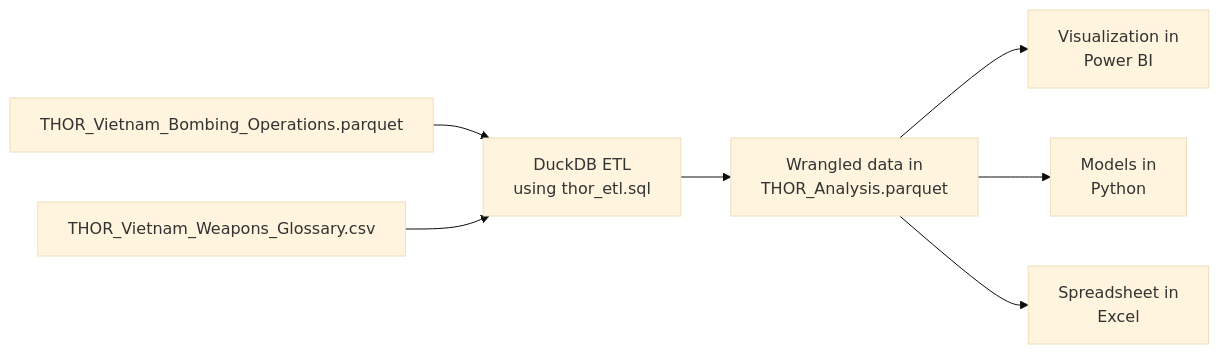
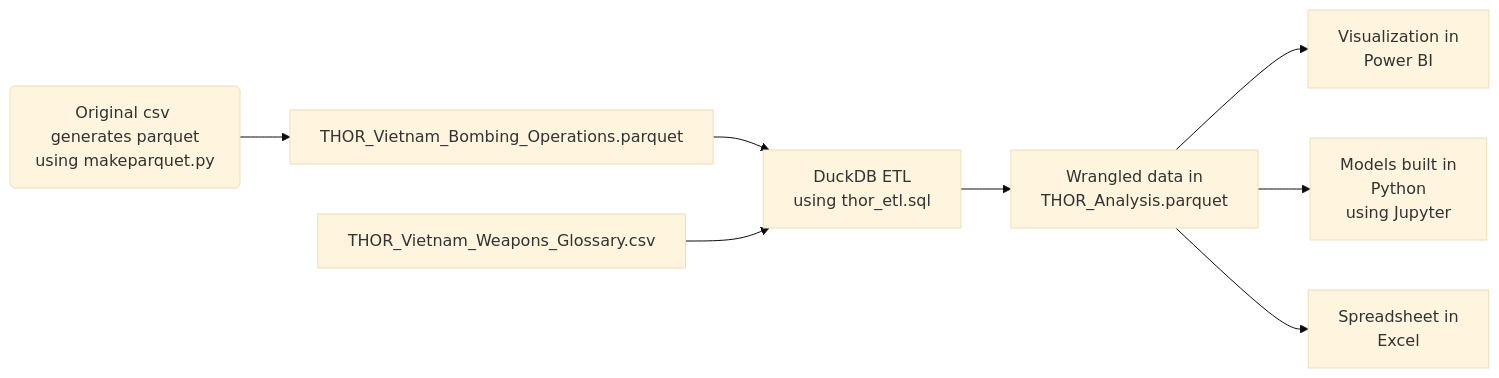
Before and after one commit to ristotammela/thoranalytics: the diagram in README.md, drawn with Mermaid (base theme). The commit also changed other lines of this file and 5 other files, not shown here.

````diff
--- a/README.md
+++ b/README.md
@@ -13,18 +13,20 @@
 ```mermaid
 flowchart LR
+    original("Original csv <br/> generates parquet using makeparquet.py")
     raw["THOR_Vietnam_Bombing_Operations.parquet"]
     glossary["THOR_Vietnam_Weapons_Glossary.csv"]
     etl["DuckDB ETL<br/> using thor_etl.sql"]
     output["Wrangled data in <br/>THOR_Analysis.parquet"]
     powerbi["Visualization in <br/>Power BI"]
-    model["Models in <br/>Python"]
+    model["Models built in <br/>Python <br/> using Jupyter"]
     spreadsheet["Spreadsheet in <br/> Excel"]
 
+    original --> raw
     raw --> etl
     glossary --> etl
     etl --> output
     output --> powerbi
     output --> model
     output--> spreadsheet
 
 ```
````
